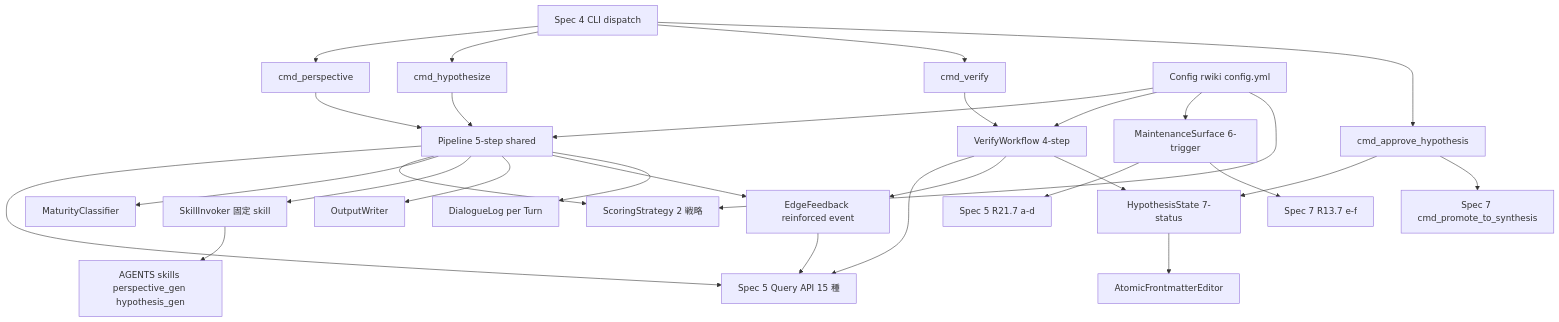
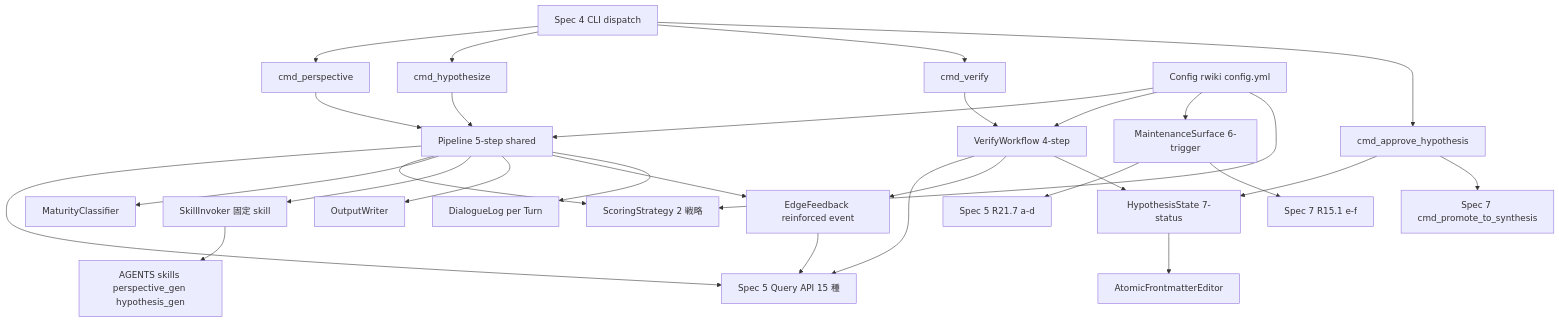
The first of 4 diagrams in .kiro/specs/rwiki-v2-perspective-generation/design.md (kenoogl/Rwiki-dev), drawn with Mermaid before and after one commit. The commit also changed other lines of this file, not shown here.

Commit message:
fix(spec-6): A-2 phase Round 8 (treatment=dual) 修正 6 件 = cross-spec 整合 (Spec 7 R13.7 → R15.1 6 箇所統一 + 対話ログ path Spec 2 SSoT (Decision 2-7) sub-dir 形式 + chat-sessions filename Spec 2 SSoT 整合 + Foundation §5.9.x 一般化引用 + MaintenanceSurface 閾値判定責務 Spec 5/7 内部 + usage_signal 4 種 SSoT 所管明示)

````diff
--- a/.kiro/specs/rwiki-v2-perspective-generation/design.md
+++ b/.kiro/specs/rwiki-v2-perspective-generation/design.md
@@ -102,41 +102,41 @@
 ```mermaid
 graph TB
     Spec4CLI[Spec 4 CLI dispatch]
 
     Spec4CLI --> CmdPerspective[cmd_perspective]
     Spec4CLI --> CmdHypothesize[cmd_hypothesize]
     Spec4CLI --> CmdVerify[cmd_verify]
     Spec4CLI --> CmdApprove[cmd_approve_hypothesis]
 
     CmdPerspective --> Pipeline[Pipeline 5-step shared]
     CmdHypothesize --> Pipeline
     CmdVerify --> VerifyWorkflow[VerifyWorkflow 4-step]
     CmdApprove --> HypothesisState[HypothesisState 7-status]
     CmdApprove --> Spec7Handler[Spec 7 cmd_promote_to_synthesis]
 
     Pipeline --> Spec5Client[Spec 5 Query API 15 種]
     Pipeline --> Scoring[ScoringStrategy 2 戦略]
     Pipeline --> Maturity[MaturityClassifier]
     Pipeline --> SkillInvoker[SkillInvoker 固定 skill]
     Pipeline --> OutputWriter[OutputWriter]
     Pipeline --> EdgeFeedback[EdgeFeedback reinforced event]
     Pipeline --> DialogueLog[DialogueLog per Turn]
 
     VerifyWorkflow --> Spec5Client
     VerifyWorkflow --> EdgeFeedback
     VerifyWorkflow --> HypothesisState
 
     HypothesisState --> AtomicEditor[AtomicFrontmatterEditor]
 
     EdgeFeedback --> Spec5Client
 
     SkillInvoker --> AGENTSSkills[AGENTS skills perspective_gen hypothesis_gen]
 
     MaintenanceSurface[MaintenanceSurface 6-trigger] --> Spec5Diag[Spec 5 R21.7 a-d]
-    MaintenanceSurface --> Spec7Diag[Spec 7 R13.7 e-f]
+    MaintenanceSurface --> Spec7Diag[Spec 7 R15.1 e-f]
 
     Config[Config rwiki config.yml] --> Pipeline
     Config --> VerifyWorkflow
     Config --> MaintenanceSurface
     Config --> Scoring
 ```
````
